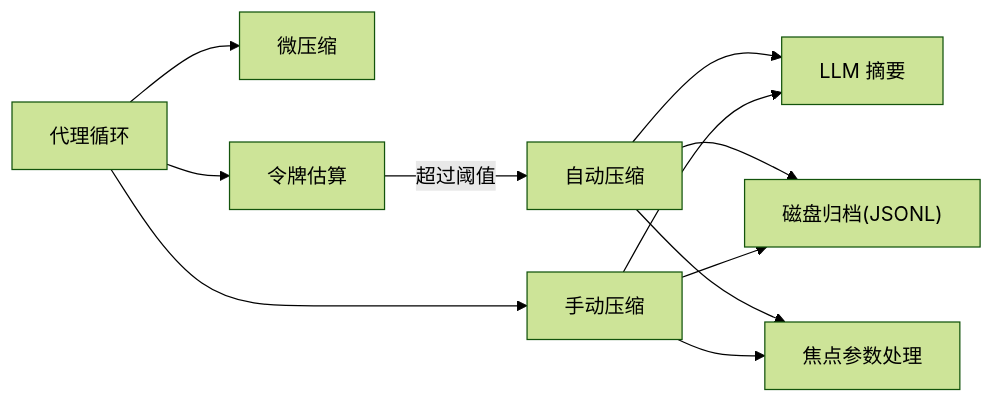
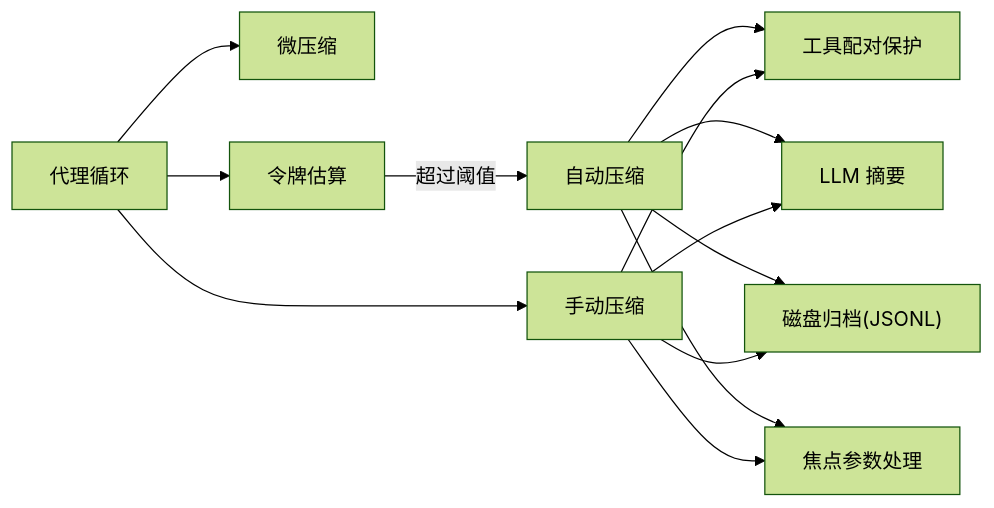
One commit to haolange/learn-claude-code changed the sixth of 6 diagrams in .qoder/repowiki/zh/content/规划与知识管理/上下文压缩机制.md. Above: the diagram before and after it, drawn with Mermaid (forest theme). The commit also changed other lines of this file and 6 other files, not shown here.

````diff
--- a/.qoder/repowiki/zh/content/规划与知识管理/上下文压缩机制.md
+++ b/.qoder/repowiki/zh/content/规划与知识管理/上下文压缩机制.md
@@ -238,13 +281,15 @@
 ```mermaid
 graph LR
 AgentLoop["代理循环"] --> Micro["微压缩"]
 AgentLoop --> Est["令牌估算"]
 Est --> |超过阈值| Auto["自动压缩"]
 AgentLoop --> Manual["手动压缩"]
+Auto --> Pair["工具配对保护"]
+Manual --> Pair
 Auto --> LLM["LLM 摘要"]
 Auto --> Disk["磁盘归档(JSONL)"]
 Manual --> LLM
 Manual --> Disk
 Auto --> Focus["焦点参数处理"]
 Manual --> Focus
 ```
````
